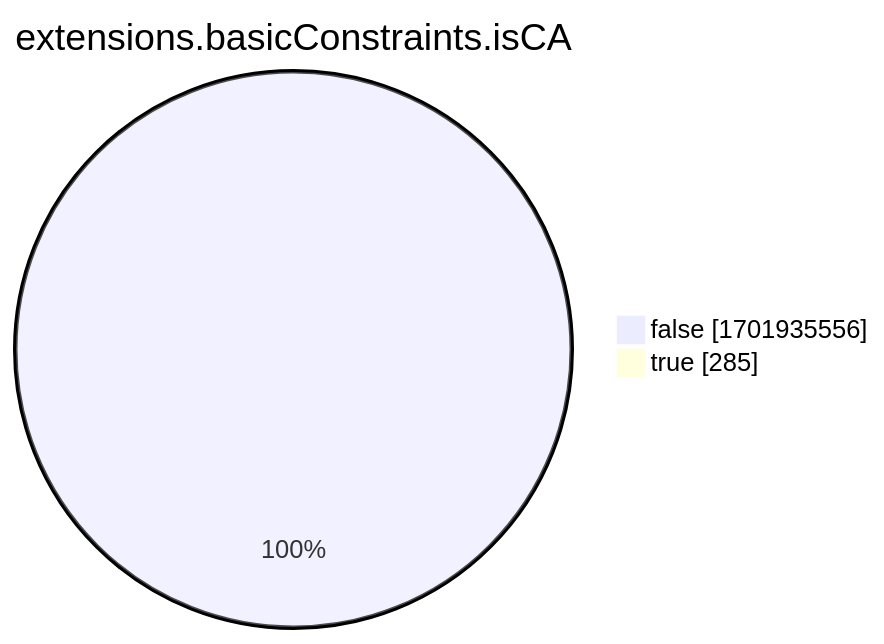
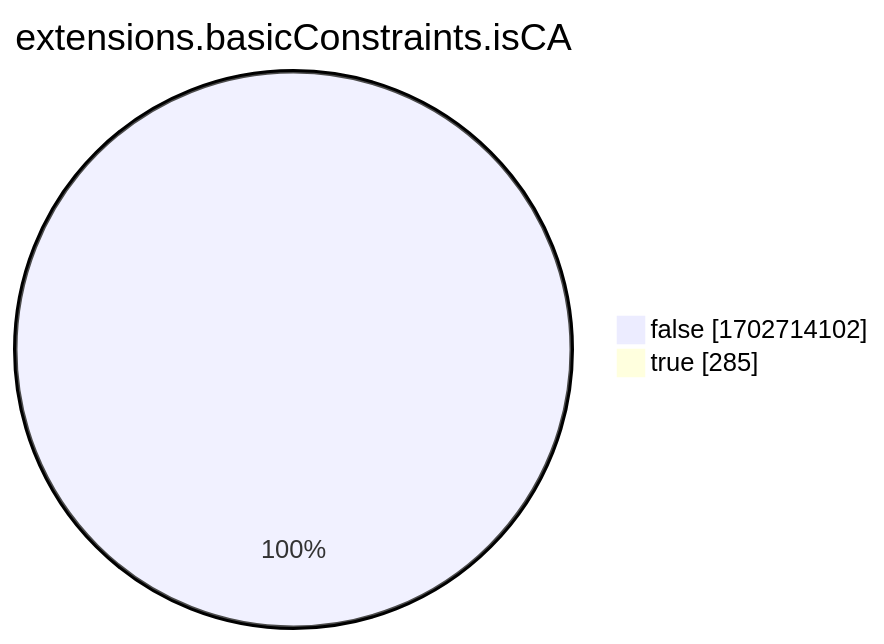
Before and after one commit to christiankrug/ctmonitor_visualization: the eighth of 15 diagrams in xenon2022/README.md, drawn with Mermaid. The commit also changed other lines of this file, not shown here.

````diff
--- a/xenon2022/README.md
+++ b/xenon2022/README.md
@@ -2865,6 +2865,6 @@
 ```mermaid
 pie showData
 title extensions.basicConstraints.isCA
-"false" :1701935556
+"false" :1702714102
 "true" :285
 ```
````
